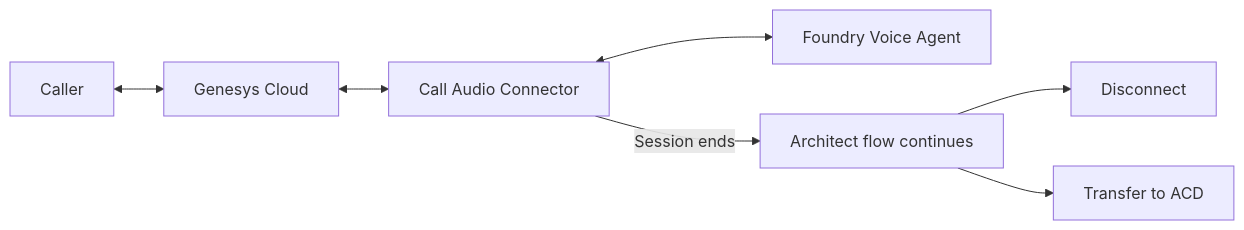
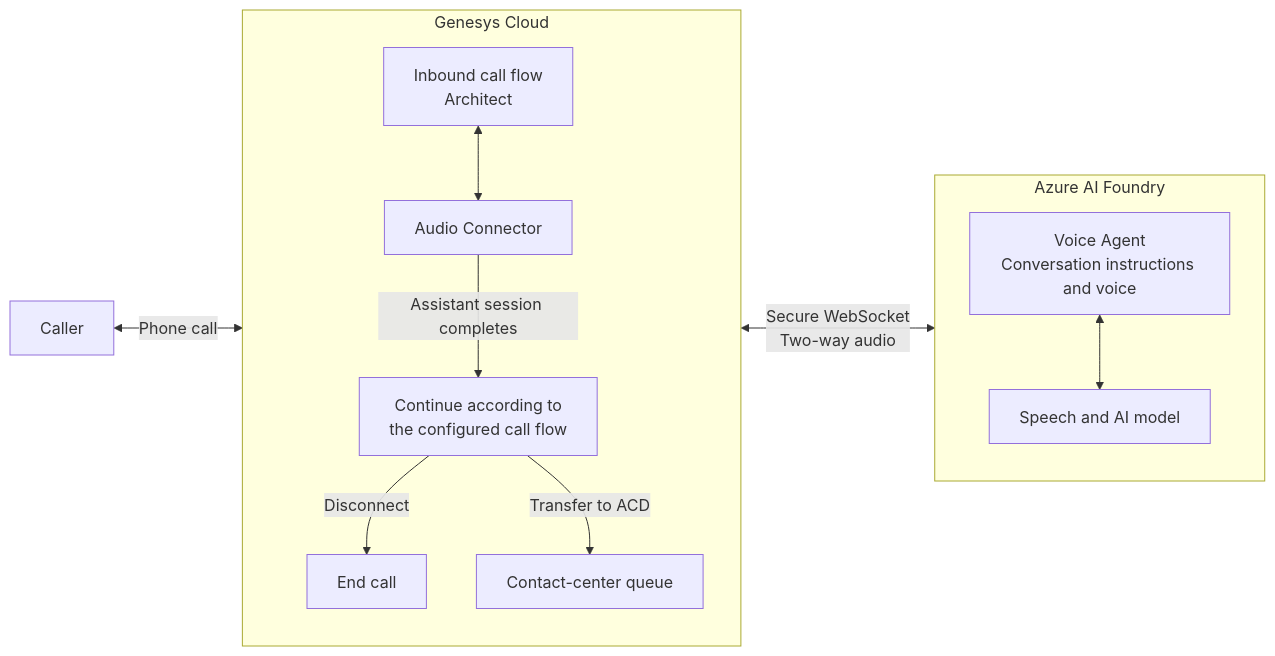
One commit to microsoft/voice-agent changed the diagram in samples/genesys_audio_connector/README.md. Above: the diagram before and after it, drawn with Mermaid. The commit also changed other lines of this file, not shown here.

Commit message:
Add customer architecture diagram to Genesys sample

````diff
--- a/samples/genesys_audio_connector/README.md
+++ b/samples/genesys_audio_connector/README.md
@@ -8,9 +8,29 @@
 ```mermaid
 flowchart LR
-    Caller[Caller] <--> Genesys[Genesys Cloud]
-    Genesys <--> Connector[Call Audio Connector]
-    Connector <--> Agent[Foundry Voice Agent]
-    Connector -->|Session ends| Next[Architect flow continues]
-    Next --> End[Disconnect]
-    Next --> Queue[Transfer to ACD]
+    Caller["Caller"]
+
+    subgraph Genesys["Genesys Cloud"]
+        direction TB
+        Flow["Inbound call flow<br/>Architect"]
+        Connector["Audio Connector"]
+        Next["Continue according to<br/>the configured call flow"]
+        End["End call"]
+        Queue["Contact-center queue"]
+
+        Flow <--> Connector
+        Connector -->|Assistant session completes| Next
+        Next -->|Disconnect| End
+        Next -->|Transfer to ACD| Queue
+    end
+
+    subgraph Foundry["Azure AI Foundry"]
+        direction TB
+        Agent["Voice Agent<br/>Conversation instructions and voice"]
+        Model["Speech and AI model"]
+
+        Agent <--> Model
+    end
+
+    Caller <-->|Phone call| Flow
+    Connector <-->|Secure WebSocket<br/>Two-way audio| Agent
 ```
````
